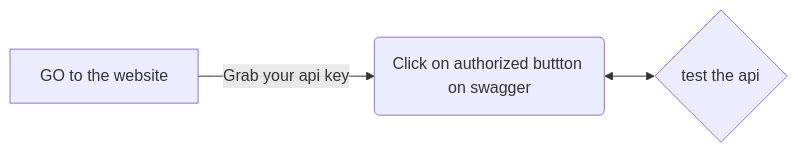
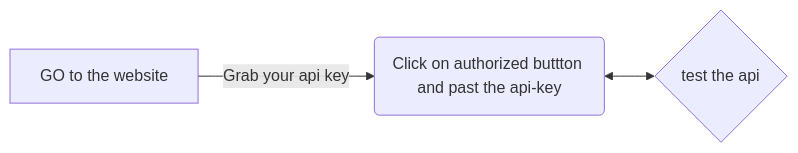
Before and after one commit to souvik666/ghost-auth: the diagram in README.md, drawn with Mermaid.

````diff
--- a/README.md
+++ b/README.md
@@ -75,6 +75,6 @@
 ```mermaid
 graph LR
-A[GO to the website] -- Grab your api key --> B(Click on authorized buttton on swagger)
+A[GO to the website] -- Grab your api key --> B(Click on authorized buttton and past the api-key)
 B <--> D{test the api}
 
 ```
````
